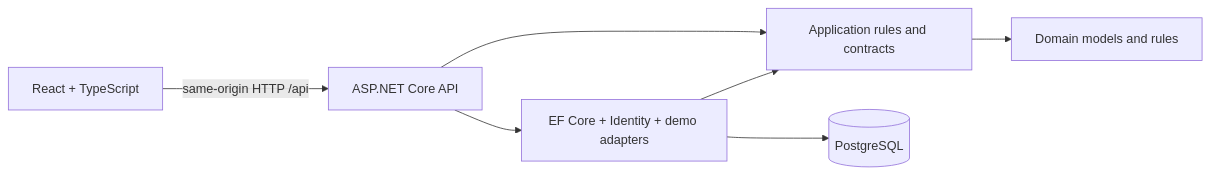
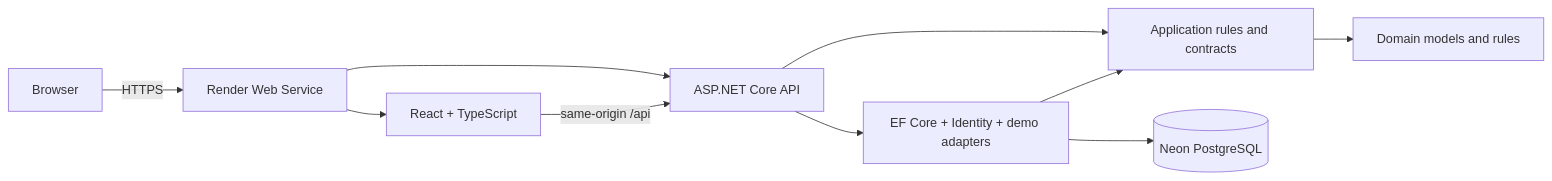
Before and after one commit to HKisHERE02/DishDash: the diagram in README.md, drawn with Mermaid. The commit also changed other lines of this file, not shown here.

````diff
--- a/README.md
+++ b/README.md
@@ -29,9 +37,12 @@
 ```mermaid
 flowchart LR
-  Browser[React + TypeScript] -->|same-origin HTTP /api| API[ASP.NET Core API]
+  Browser[Browser] -->|HTTPS| Render[Render Web Service]
+  Render --> React[React + TypeScript]
+  Render --> API[ASP.NET Core API]
+  React -->|same-origin /api| API
   API --> Application[Application rules and contracts]
   API --> Infrastructure[EF Core + Identity + demo adapters]
   Infrastructure --> Application
   Application --> Domain[Domain models and rules]
-  Infrastructure --> PostgreSQL[(PostgreSQL)]
+  Infrastructure --> Neon[(Neon PostgreSQL)]
 ```
````
